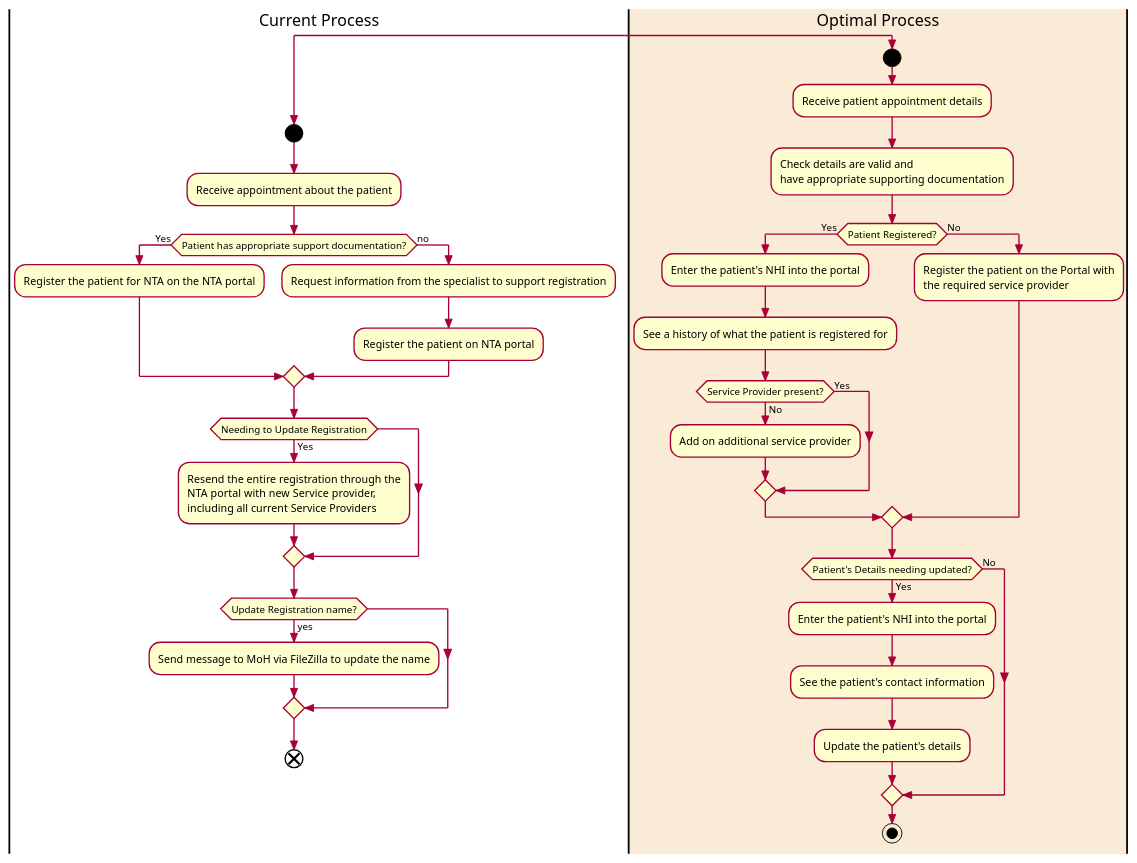
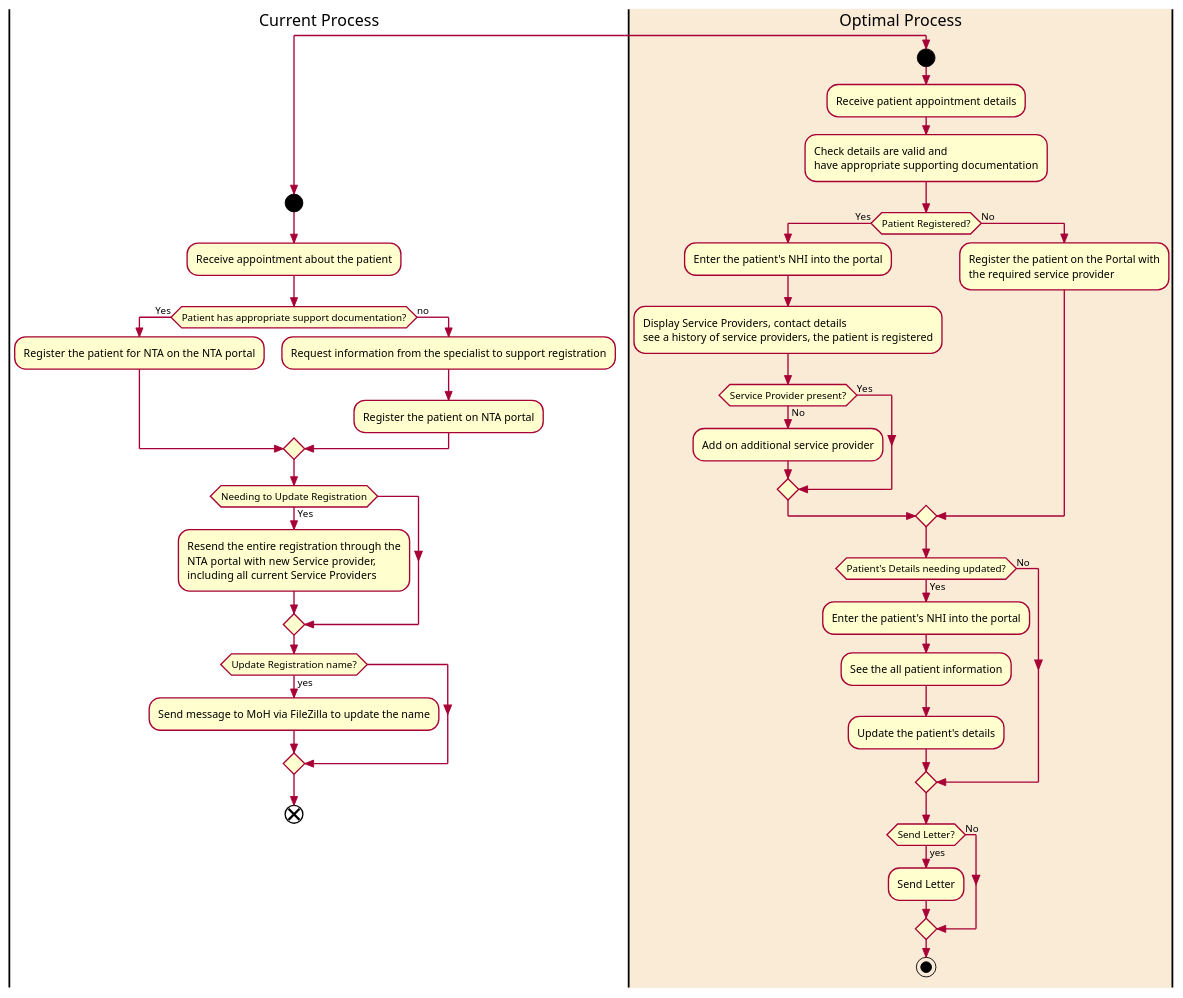
The diagram in Planning/Swimlane.puml (hamtana/TravelTracker), drawn with PlantUML before and after one commit. The commit also changed 3 other files, not shown here.

Commit message:
altered diagrams

```diff
--- a/Planning/Swimlane.puml
+++ b/Planning/Swimlane.puml
@@ -1,53 +1,58 @@
 @startuml OptimalProcess
 
 skin rose
 skinparam Style StrictUML
 skinparam LineType ortho
 
 split
   |Current Process|
   start
   :Receive appointment about the patient;
   if (Patient has appropriate support documentation?) then (Yes)
     :Register the patient for NTA on the NTA portal;
   else (no)
     :Request information from the specialist to support registration;
     :Register the patient on NTA portal;
   endif
   if (Needing to Update Registration) then (Yes)
     :Resend the entire registration through the
     NTA portal with new Service provider, 
     including all current Service Providers;
   endif
   if (Update Registration name?) then (yes)
     :Send message to MoH via FileZilla to update the name;
   endif
   end
 
 split again
   |#AntiqueWhite|Optimal Process|
   start
   :Receive patient appointment details;
   :Check details are valid and
   have appropriate supporting documentation;
   if (Patient Registered?) then (Yes)
       :Enter the patient's NHI into the portal;
-      :See a history of what the patient is registered for;
+      :Display Service Providers, contact details
+      see a history of service providers, the patient is registered;
       if (Service Provider present?) then (No)
         :Add on additional service provider;
       else (Yes)
       endif
   else (No)
       :Register the patient on the Portal with
       the required service provider;
   endif 
   
   if (Patient's Details needing updated?) then (Yes)
       :Enter the patient's NHI into the portal;
-      :See the patient's contact information;
+      :See the all patient information;
       :Update the patient's details;
+  else (No)
+  endif
+  if (Send Letter?) then (yes)
+    :Send Letter;
   else (No)
   endif
   stop
 end split
 @enduml
```
